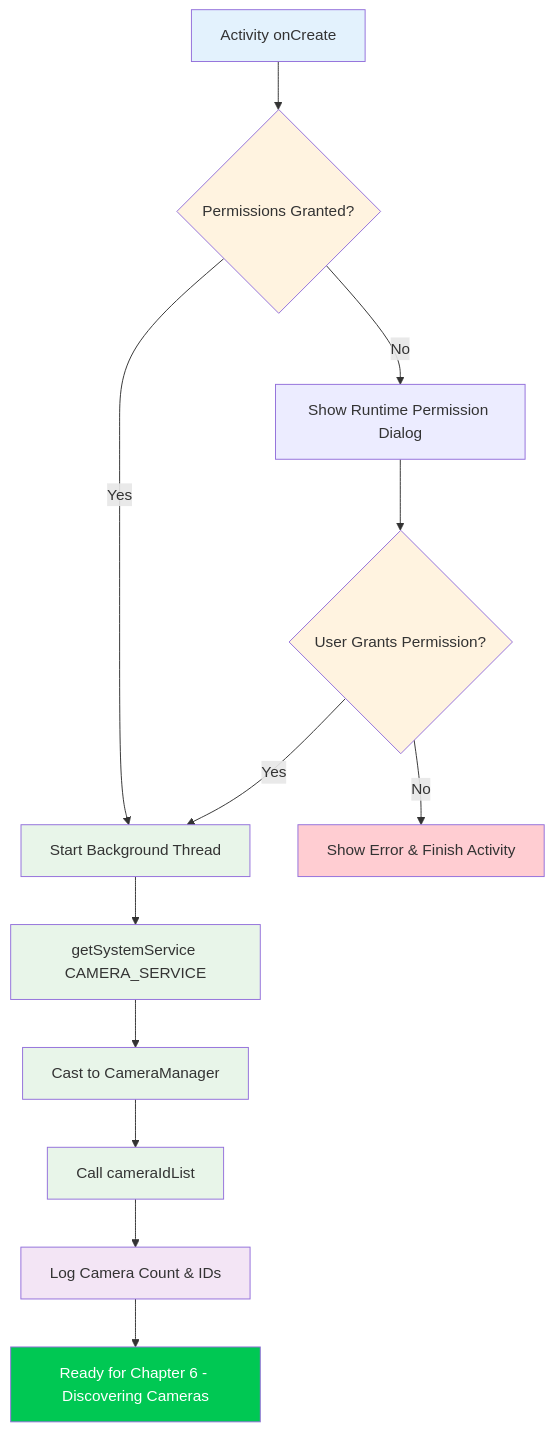
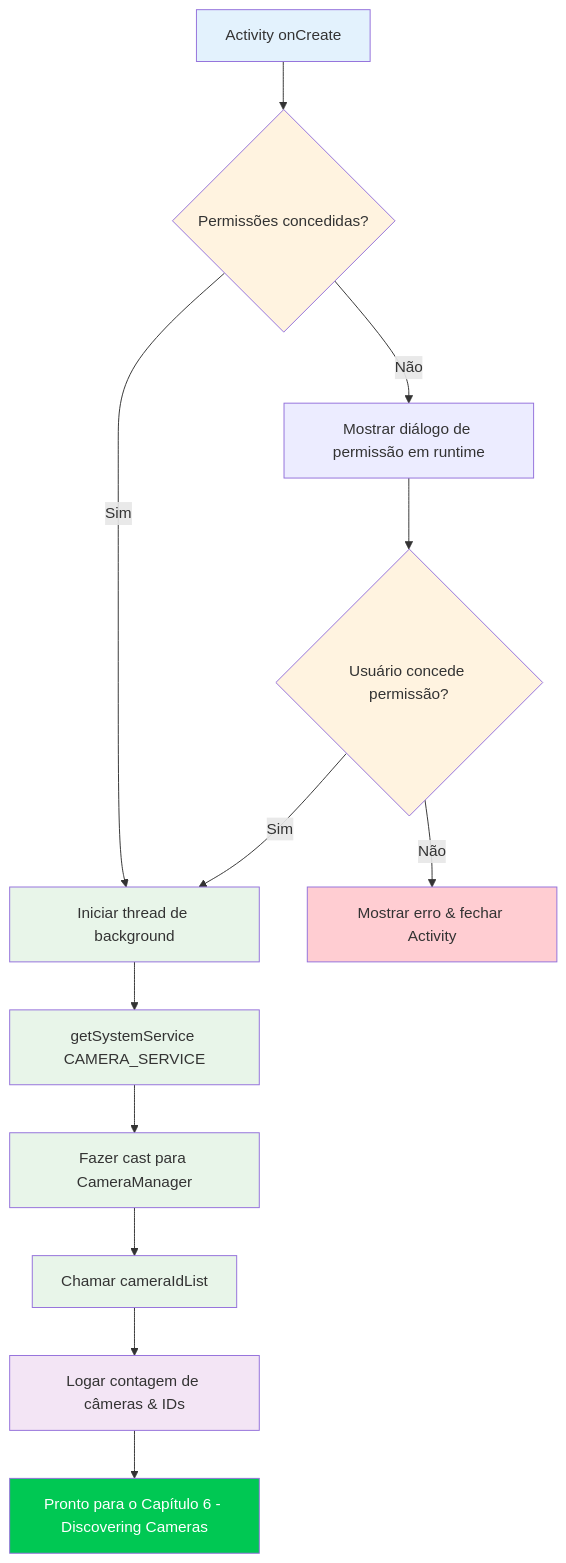
Before and after one commit to zoozooll/AndroidCameraParameters: the diagram in website/i18n/pt-BR/docusaurus-plugin-content-docs/current/camera2/creating-your-first-camera2-project.md, drawn with Mermaid. The commit also changed other lines of this file and 378 other files, not shown here.

````diff
--- a/website/i18n/pt-BR/docusaurus-plugin-content-docs/current/camera2/creating-your-first-camera2-project.md
+++ b/website/i18n/pt-BR/docusaurus-plugin-content-docs/current/camera2/creating-your-first-camera2-project.md
@@ -340,25 +340,25 @@
 ```mermaid
 flowchart TD
-    A[Activity onCreate] --> B{Permissions Granted?}
-    B -->|Yes| C[Start Background Thread]
-    B -->|No| D[Show Runtime Permission Dialog]
-    D --> E{User Grants Permission?}
-    E -->|Yes| C
-    E -->|No| F[Show Error & Finish Activity]
+    A["Activity onCreate"] --> B{Permissões concedidas?}
+    B -->|Sim| C[Iniciar thread de background]
+    B -->|Não| D[Mostrar diálogo de permissão em runtime]
+    D --> E{Usuário concede permissão?}
+    E -->|Sim| C
+    E -->|Não| F[Mostrar erro & fechar Activity]
     C --> G[getSystemService CAMERA_SERVICE]
-    G --> H[Cast to CameraManager]
-    H --> I[Call cameraIdList]
-    I --> J[Log Camera Count & IDs]
-    J --> K[Ready for Chapter 6 - Discovering Cameras]
+    G --> H[Fazer cast para CameraManager]
+    H --> I[Chamar cameraIdList]
+    I --> J[Logar contagem de câmeras & IDs]
+    J --> K[Pronto para o Capítulo 6 - Discovering Cameras]
     
     style A fill:#e3f2fd
     style B fill:#fff3e0
     style E fill:#fff3e0
     style C fill:#e8f5e9
     style G fill:#e8f5e9
     style H fill:#e8f5e9
     style I fill:#e8f5e9
     style J fill:#f3e5f5
     style K fill:#00c853,color:#fff
     style F fill:#ffcdd2
 ```
````
